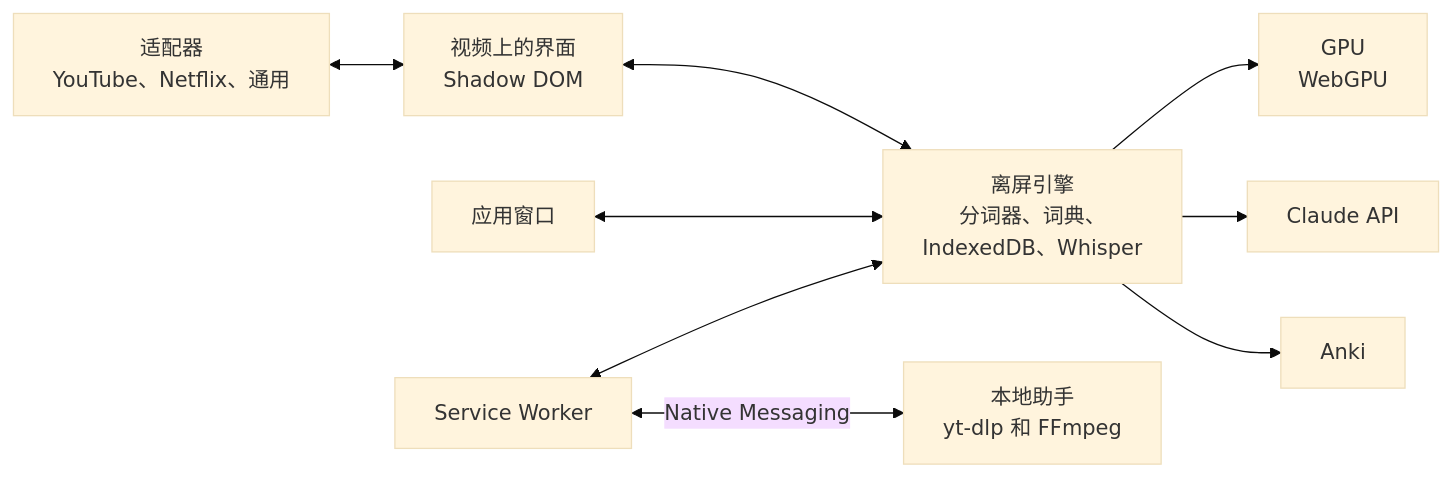
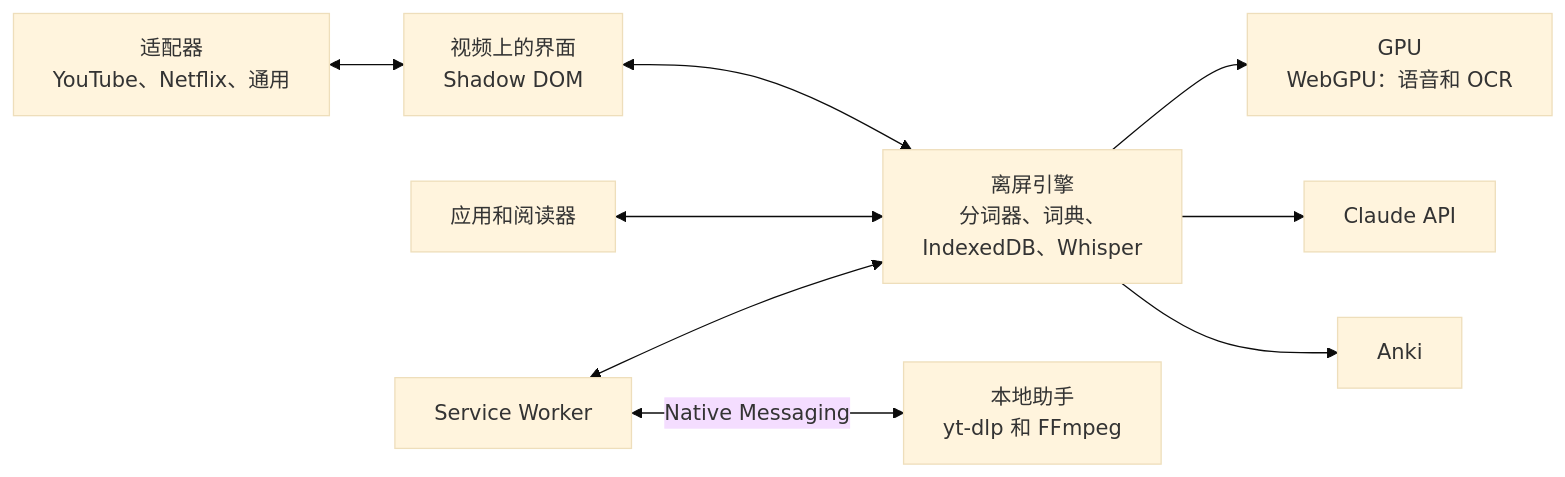
The second of 2 diagrams in README.zh.md (Eliam4510/kotonoha), drawn with Mermaid (base theme) before and after one commit. The commit also changed other lines of this file and 90 other files, not shown here.

````diff
--- a/README.zh.md
+++ b/README.zh.md
@@ -225,11 +162,11 @@
 ```mermaid
 flowchart LR
   P["适配器<br/>YouTube、Netflix、通用"] <--> C["视频上的界面<br/>Shadow DOM"]
   C <--> M["离屏引擎<br/>分词器、词典、<br/>IndexedDB、Whisper"]
-  A["应用窗口"] <--> M
-  M --> G["GPU<br/>WebGPU"]
+  A["应用和阅读器"] <--> M
+  M --> G["GPU<br/>WebGPU：语音和 OCR"]
   M --> CL["Claude API"]
   M --> AN["Anki"]
   S["Service Worker"] <--> M
   S <-->|Native Messaging| H["本地助手<br/>yt-dlp 和 FFmpeg"]
 ```
````
